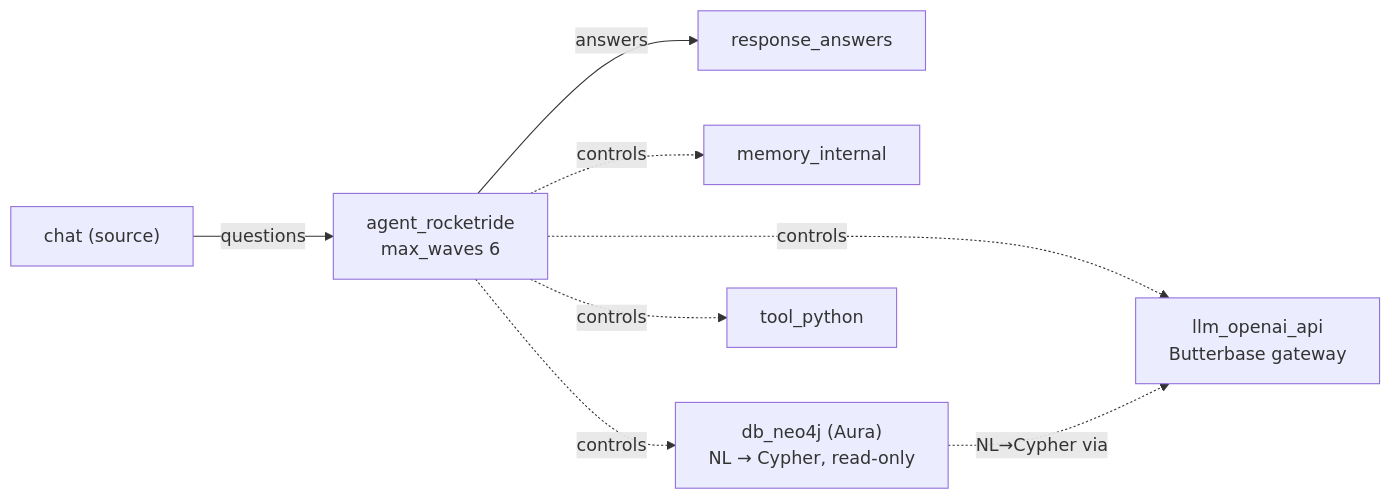
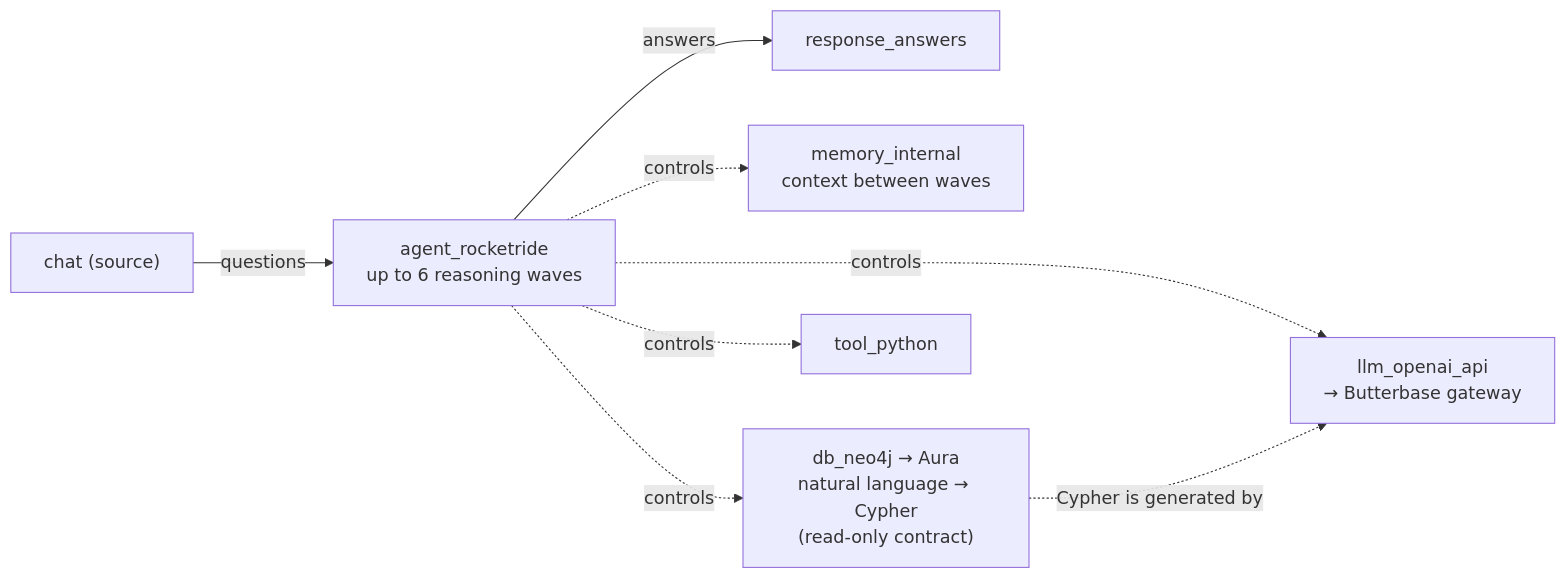
Before and after one commit to samshanmukh/Paper-to-Results-Graph: the fifth of 5 diagrams in README.md, drawn with Mermaid. The commit also changed other lines of this file, not shown here.

First line of the commit message:
docs: fully narrated README — plain-language walkthroughs for every diagram

````diff
--- a/README.md
+++ b/README.md
@@ -153,10 +213,10 @@
 ```mermaid
 flowchart LR
-    CHAT["chat (source)"] -->|questions| AG["agent_rocketride<br/>max_waves 6"]
+    CHAT["chat (source)"] -->|questions| AG["agent_rocketride<br/>up to 6 reasoning waves"]
     AG -->|answers| RESP["response_answers"]
-    AG -. controls .-> LLM["llm_openai_api<br/>Butterbase gateway"]
-    AG -. controls .-> MEM["memory_internal"]
-    AG -. controls .-> NEO4J["db_neo4j (Aura)<br/>NL → Cypher, read-only"]
+    AG -. controls .-> LLM["llm_openai_api<br/>→ Butterbase gateway"]
+    AG -. controls .-> MEM["memory_internal<br/>context between waves"]
+    AG -. controls .-> NEO4J["db_neo4j → Aura<br/>natural language → Cypher<br/>(read-only contract)"]
     AG -. controls .-> PY["tool_python"]
-    NEO4J -. NL→Cypher via .-> LLM
+    NEO4J -. "Cypher is generated by" .-> LLM
 ```
````
